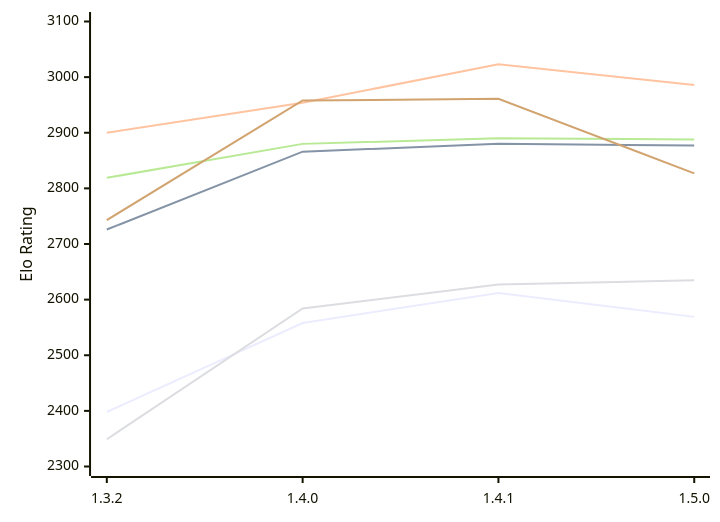
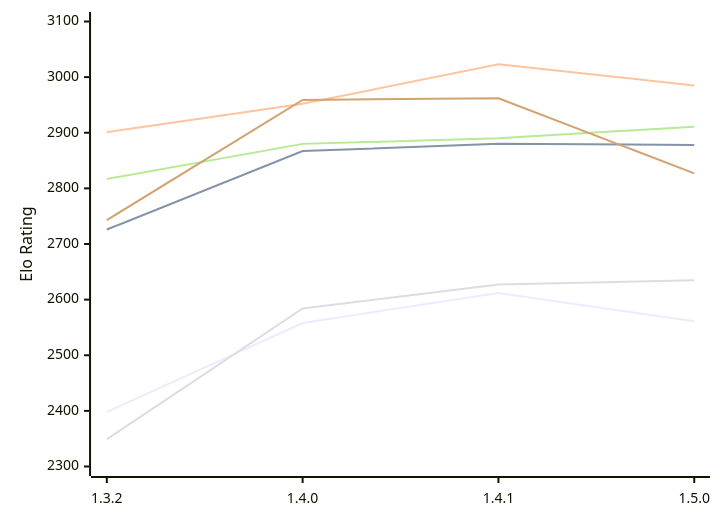
The diagram in engines/Maharajah.md (computer-chess-index/cci), drawn with Mermaid before and after one commit. The commit also changed other lines of this file, not shown here.

Commit message:
Update CCI Ratings (ELO VLTC) - 2026-11-27

````diff
--- a/engines/Maharajah.md
+++ b/engines/Maharajah.md
@@ -53,12 +53,12 @@
 ```mermaid
 %%{init: {"theme":"base","themeVariables":{"seriesColors:['#a3a3a3','#222221','#faa371']}}}%%
 xychart-beta
   x-axis ["1.3.2", "1.4.0", "1.4.1", "1.5.0"]
   y-axis "Elo Rating" 2300 --> 3100
-  line "E1: STC (8.0+0.08s)" [2398, 2558, 2612, 2569]
-  line "E1: LTC (60.0+0.60s)" [2726, 2866, 2880, 2877]
-  line "E1: VLTC (2m24s+1.12s)" [2900, 2954, 3023, 2986]
+  line "E1: STC (8.0+0.08s)" [2398, 2558, 2612, 2561]
+  line "E1: LTC (60.0+0.60s)" [2726, 2867, 2880, 2878]
+  line "E1: VLTC (2m24s+1.12s)" [2901, 2952, 3023, 2985]
   line "P1: STC (8.0+0.08s)" [2349, 2584, 2627, 2635]
-  line "P1: LTC (60.0+0.60s)" [2819, 2880, 2890, 2888]
-  line "P1: VLTC (2m24s+1.12s)" [2743, 2958, 2961, 2827]
+  line "P1: LTC (60.0+0.60s)" [2817, 2880, 2890, 2911]
+  line "P1: VLTC (2m24s+1.12s)" [2743, 2959, 2962, 2827]
 ```
````
